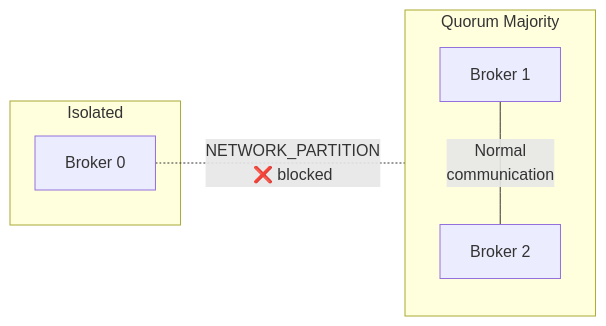
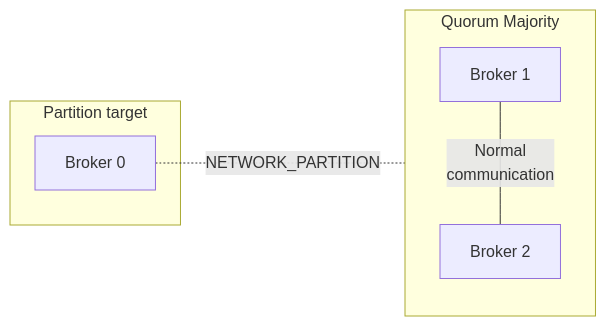
The fourth of 9 diagrams in docs/book/07-chaos-practice.md (actions-marketplace-validations/bmscomp_kates), drawn with Mermaid before and after one commit. The commit also changed other lines of this file and 2 other files, not shown here.

````diff
--- a/docs/book/07-chaos-practice.md
+++ b/docs/book/07-chaos-practice.md
@@ -204,14 +281,14 @@
 ```mermaid
 graph LR
     subgraph Majority["Quorum Majority"]
         B1[Broker 1]
         B2[Broker 2]
     end
     
-    subgraph Isolated["Isolated"]
+    subgraph Isolated["Partition target"]
         B0[Broker 0]
     end
     
     B1 ---|"Normal<br/>communication"| B2
-    B0 -.-|"NETWORK_PARTITION<br/>❌ blocked"| Majority
+    B0 -.-|"NETWORK_PARTITION"| Majority
 ```
````
